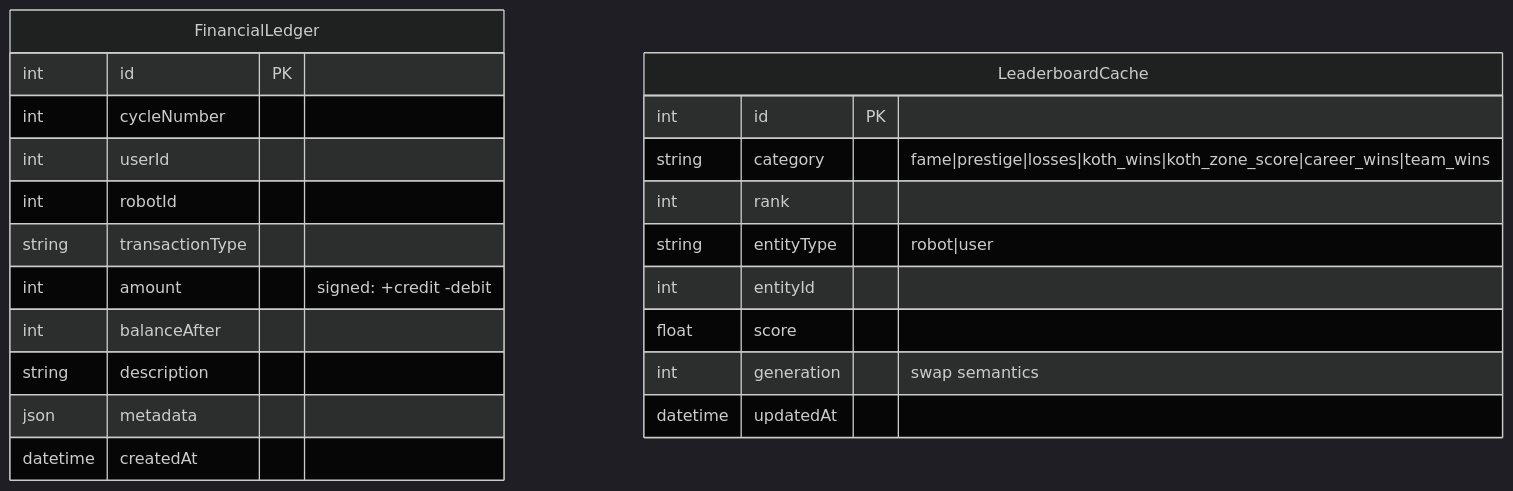
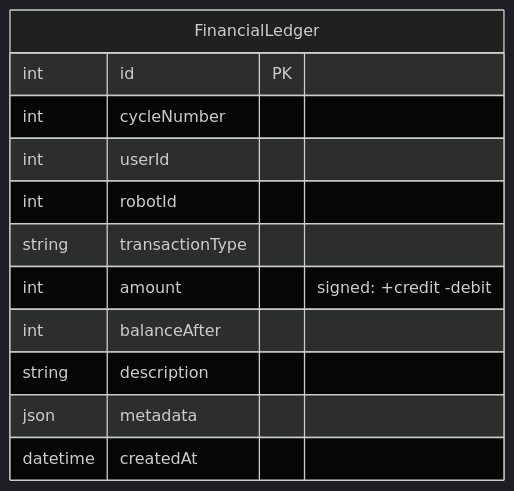
Before and after one commit to RobertTeunissen/ArmouredSouls: diagram 16 of 21 in docs/architecture/diagrams.md, drawn with Mermaid (dark theme). The commit also changed other lines of this file and 104 other files, not shown here.

````diff
--- a/docs/architecture/diagrams.md
+++ b/docs/architecture/diagrams.md
@@ -755,26 +754,16 @@
 ```mermaid
 erDiagram
     FinancialLedger {
         int id PK
         int cycleNumber
         int userId
         int robotId
         string transactionType
         int amount "signed: +credit -debit"
         int balanceAfter
         string description
         json metadata
         datetime createdAt
     }
 
-    LeaderboardCache {
-        int id PK
-        string category "fame|prestige|losses|koth_wins|koth_zone_score|career_wins|team_wins"
-        int rank
-        string entityType "robot|user"
-        int entityId
-        float score
-        int generation "swap semantics"
-        datetime updatedAt
-    }
 ```
````
